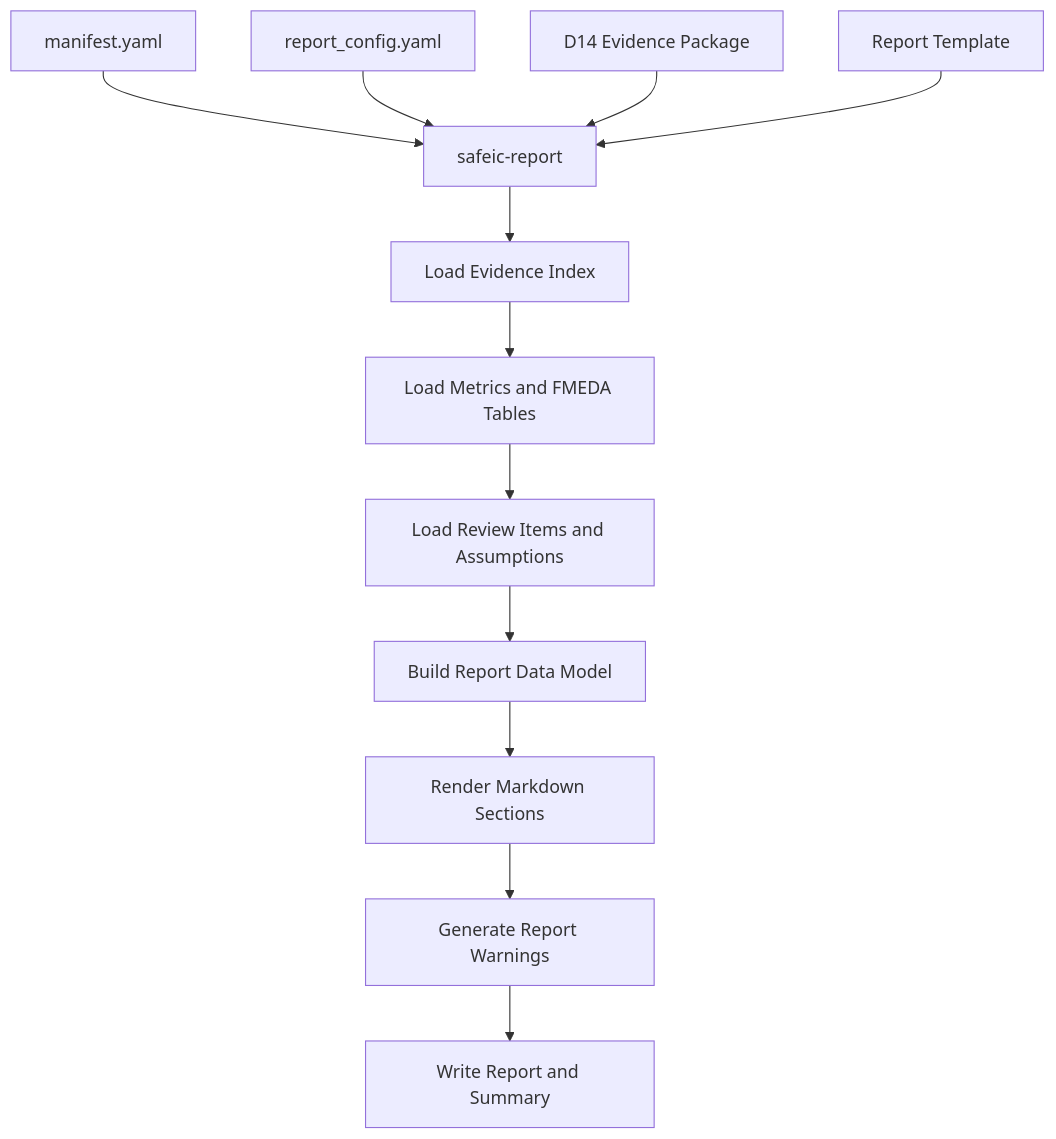
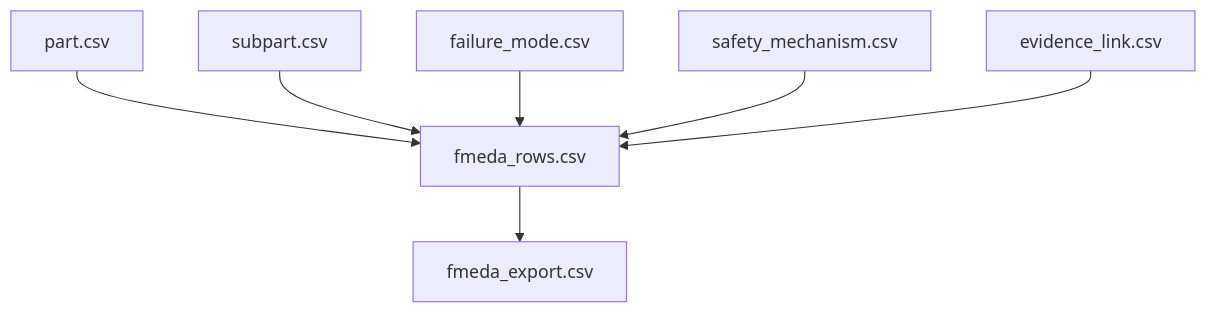
One commit to qiqixixi1001/automotive-safeic-practice changed the tenth of 12 diagrams in articles/15_automotive_safeic_practice_d15_github_en_safety_report_generation.md. Above: the diagram before and after it, drawn with Mermaid. The commit also changed other lines of this file, not shown here.

````diff
--- a/articles/15_automotive_safeic_practice_d15_github_en_safety_report_generation.md
+++ b/articles/15_automotive_safeic_practice_d15_github_en_safety_report_generation.md
@@ -928,15 +1013,9 @@
 ```mermaid
 flowchart TD
-    A[manifest.yaml] --> T[safeic-report]
-    B[report_config.yaml] --> T
-    C[D14 Evidence Package] --> T
-    D[Report Template] --> T
-
-    T --> E[Load Evidence Index]
-    E --> F[Load Metrics and FMEDA Tables]
-    F --> G[Load Review Items and Assumptions]
-    G --> H[Build Report Data Model]
-    H --> I[Render Markdown Sections]
-    I --> J[Generate Report Warnings]
-    J --> K[Write Report and Summary]
+    A[part.csv] --> F[fmeda_rows.csv]
+    B[subpart.csv] --> F
+    C[failure_mode.csv] --> F
+    D[safety_mechanism.csv] --> F
+    E[evidence_link.csv] --> F
+    F --> G[fmeda_export.csv]
 ```
````
